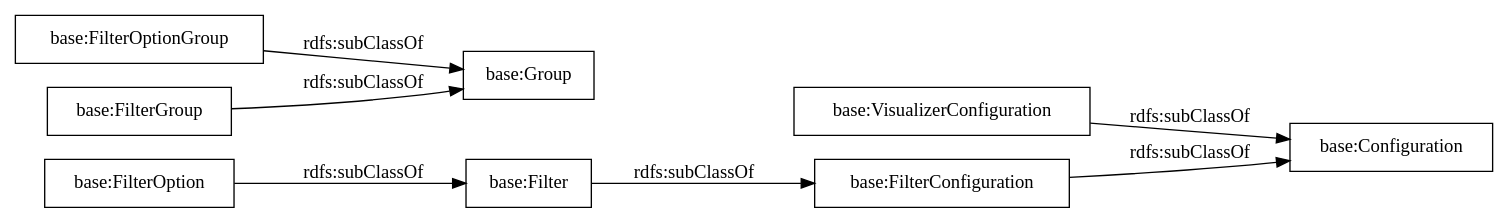
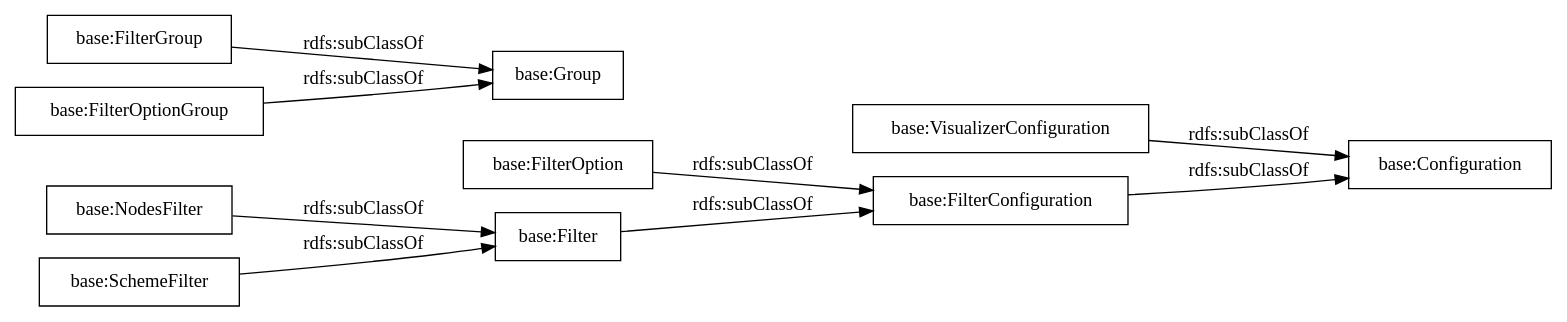
Before and after one commit to OnToologyUser/linkedpipes_applications_ontology: the diagram in OnToology/lpapps.owl/diagrams/ar2dtool-taxonomy/lpapps.owl.png.dot, drawn with Graphviz. The commit also changed 13 other files, not shown here.

```diff
--- a/OnToology/lpapps.owl/diagrams/ar2dtool-taxonomy/lpapps.owl.png.dot
+++ b/OnToology/lpapps.owl/diagrams/ar2dtool-taxonomy/lpapps.owl.png.dot
@@ -1,12 +1,14 @@
 digraph ar2dtool_diagram { 
 rankdir=LR;
 size="1000"
-node [shape = rectangle, color="black"]; "base:VisualizerConfiguration" "base:Group" "base:FilterOptionGroup" "base:FilterOption" "base:FilterGroup" "base:FilterConfiguration" "base:Filter" "base:Configuration" ; /*classes style*/
+node [shape = rectangle, color="black"]; "base:VisualizerConfiguration" "base:FilterGroup" "base:Group" "base:FilterOption" "base:NodesFilter" "base:FilterOptionGroup" "base:Filter" "base:SchemeFilter" "base:FilterConfiguration" "base:Configuration" ; /*classes style*/
 	"base:FilterOptionGroup" -> "base:Group" [ label = "rdfs:subClassOf" ];
 	"base:FilterGroup" -> "base:Group" [ label = "rdfs:subClassOf" ];
+	"base:SchemeFilter" -> "base:Filter" [ label = "rdfs:subClassOf" ];
 	"base:VisualizerConfiguration" -> "base:Configuration" [ label = "rdfs:subClassOf" ];
+	"base:NodesFilter" -> "base:Filter" [ label = "rdfs:subClassOf" ];
 	"base:FilterConfiguration" -> "base:Configuration" [ label = "rdfs:subClassOf" ];
-	"base:FilterOption" -> "base:Filter" [ label = "rdfs:subClassOf" ];
+	"base:FilterOption" -> "base:FilterConfiguration" [ label = "rdfs:subClassOf" ];
 	"base:Filter" -> "base:FilterConfiguration" [ label = "rdfs:subClassOf" ];
 
 }
```
